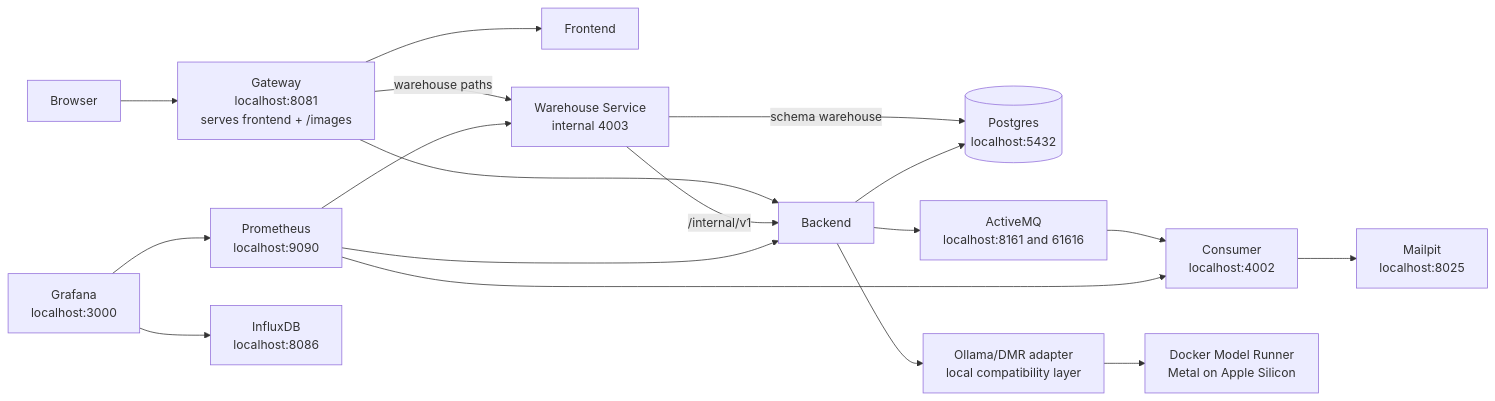
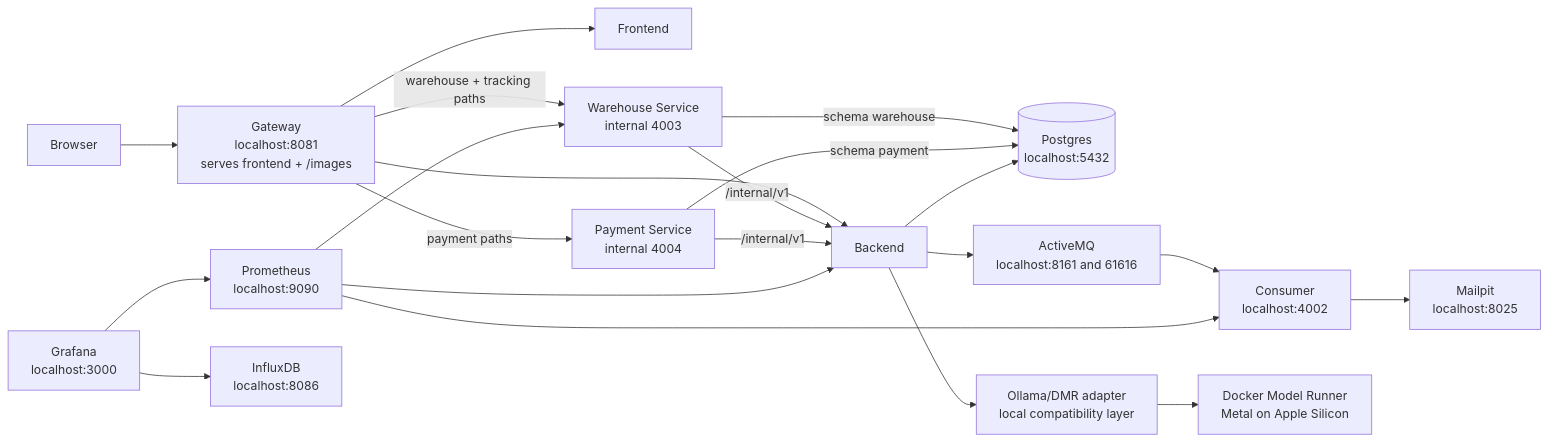
The second of 3 diagrams in README.md (slawekradzyminski/awesome-localstack), drawn with Mermaid before and after one commit. The commit also changed other lines of this file and 89 other files, not shown here.

First line of the commit message:
Commerce wave 3: payment-service, tracking, backend 3.15.0, frontend 3.12.0, docs wiki (#81)

````diff
--- a/README.md
+++ b/README.md
@@ -278,35 +298,39 @@
 ```mermaid
 flowchart LR
     U[Browser]
     G[Gateway<br/>localhost:8081<br/>serves frontend + /images]
     F[Frontend]
     B[Backend]
     W[Warehouse Service<br/>internal 4003]
+    PS[Payment Service<br/>internal 4004]
     DB[(Postgres<br/>localhost:5432)]
     MQ[ActiveMQ<br/>localhost:8161 and 61616]
     C[Consumer<br/>localhost:4002]
     M[Mailpit<br/>localhost:8025]
     A[Ollama/DMR adapter<br/>local compatibility layer]
     O[Docker Model Runner<br/>Metal on Apple Silicon]
     P[Prometheus<br/>localhost:9090]
     GR[Grafana<br/>localhost:3000]
     I[InfluxDB<br/>localhost:8086]
 
     U --> G
     G --> F
     G --> B
-    G -->|warehouse paths| W
+    G -->|warehouse + tracking paths| W
+    G -->|payment paths| PS
     W -->|/internal/v1| B
+    PS -->|/internal/v1| B
     W -->|schema warehouse| DB
+    PS -->|schema payment| DB
     B --> DB
     B --> MQ
     MQ --> C
     C --> M
     B --> A
     A --> O
     P --> B
     P --> C
     P --> W
     GR --> P
     GR --> I
 ```
````
